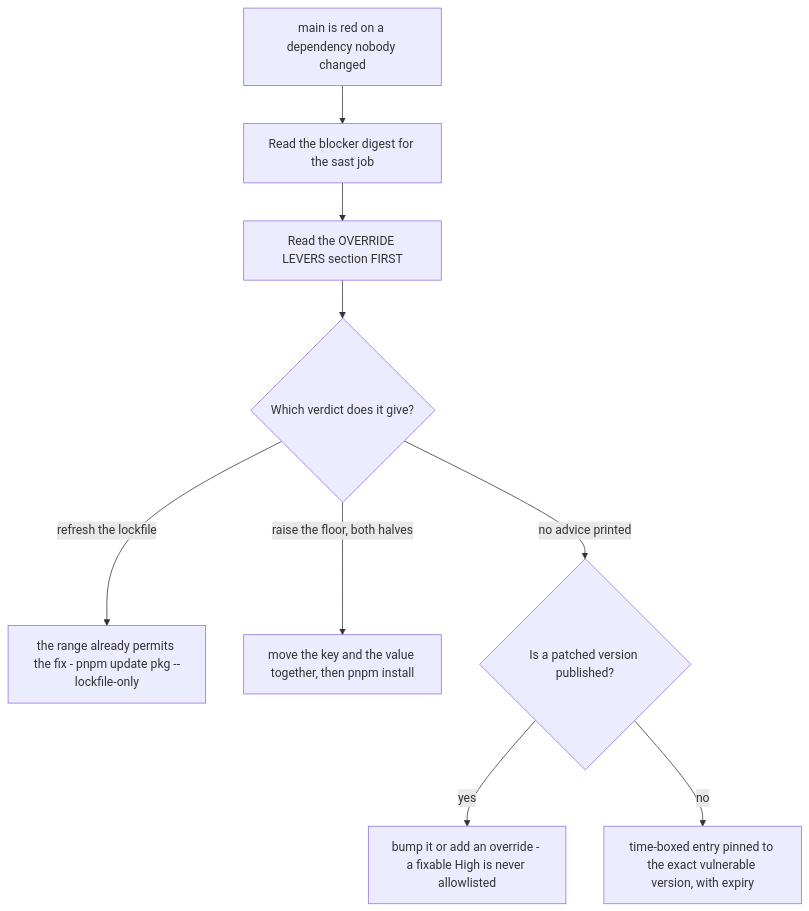
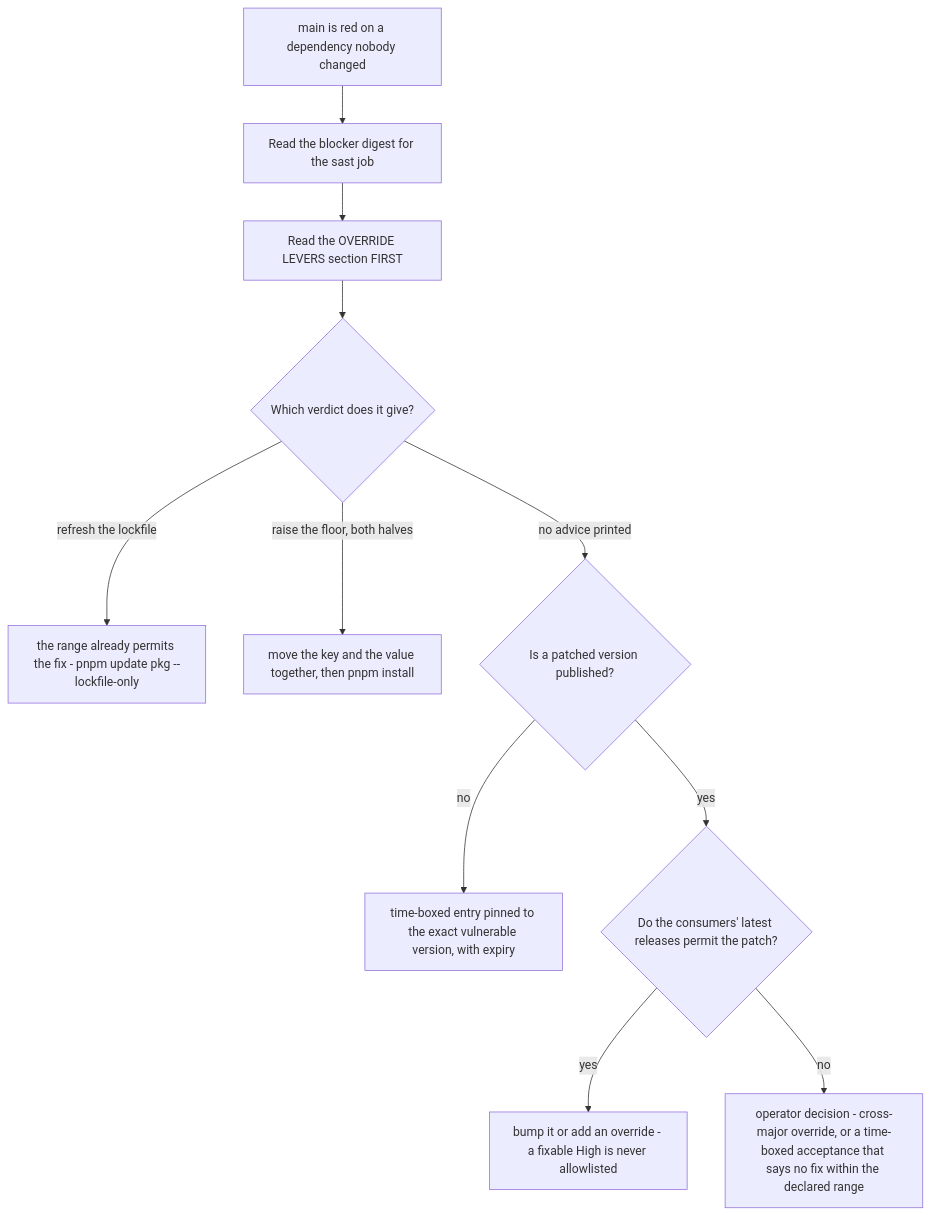
The second of 2 diagrams in openwiki/runbooks/sast-scanning.md (jumbleknot/MovieCollectionManager), drawn with Mermaid before and after one commit. The commit also changed other lines of this file and 7 other files, not shown here.

````diff
--- a/openwiki/runbooks/sast-scanning.md
+++ b/openwiki/runbooks/sast-scanning.md
@@ -373,11 +383,13 @@
 ```mermaid
 flowchart TD
   A["main is red on a dependency nobody changed"] --> B["Read the blocker digest for the sast job"]
   B --> C["Read the OVERRIDE LEVERS section FIRST"]
   C --> D{"Which verdict does it give?"}
   D -->|"refresh the lockfile"| E["the range already permits the fix - pnpm update pkg --lockfile-only"]
   D -->|"raise the floor, both halves"| F["move the key and the value together, then pnpm install"]
   D -->|"no advice printed"| G{"Is a patched version published?"}
-  G -->|yes| H["bump it or add an override - a fixable High is never allowlisted"]
   G -->|no| I["time-boxed entry pinned to the exact vulnerable version, with expiry"]
+  G -->|yes| J{"Do the consumers' latest releases permit the patch?"}
+  J -->|yes| H["bump it or add an override - a fixable High is never allowlisted"]
+  J -->|no| K["operator decision - cross-major override, or a time-boxed acceptance that says no fix within the declared range"]
 ```
````
